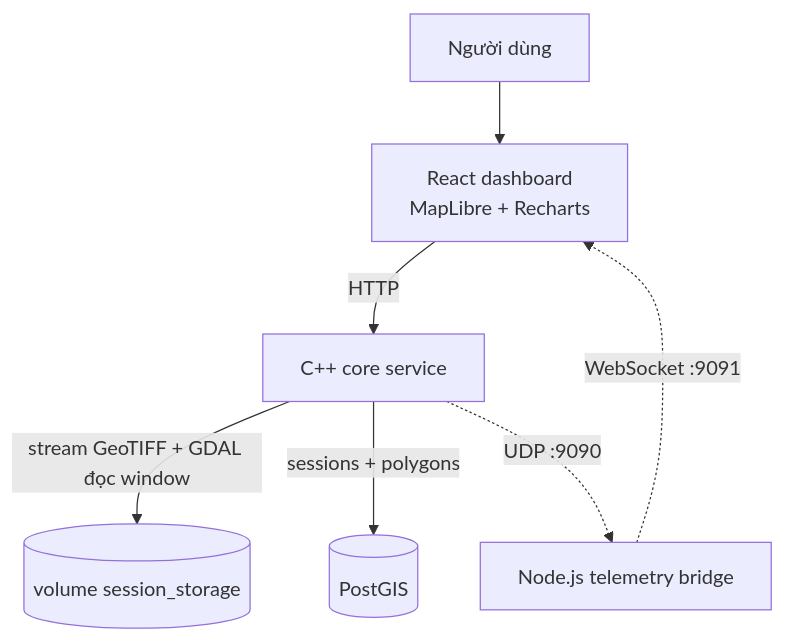
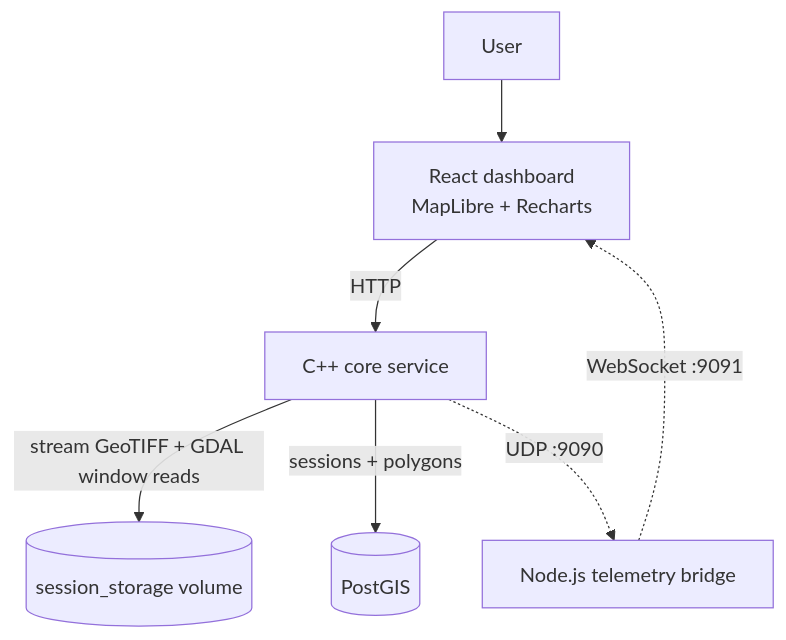
The first of 5 diagrams in docs/ARCHITECTURE.md (Dinhthuy2k5/remote-sensing-pipeline), drawn with Mermaid before and after one commit. The commit also changed other lines of this file and 4 other files, not shown here.

Commit message:
docs: localize documentation and keep diagrams precise

````diff
--- a/docs/ARCHITECTURE.md
+++ b/docs/ARCHITECTURE.md
@@ -24,16 +24,16 @@
 ```mermaid
 flowchart TB
-    User["Người dùng"]
+    User["User"]
     UI["React dashboard<br/>MapLibre + Recharts"]
     Core["C++ core service"]
     DB[("PostGIS")]
-    Files[("volume session_storage")]
+    Files[("session_storage volume")]
     Bridge["Node.js telemetry bridge"]
 
     User --> UI
     UI -->|"HTTP"| Core
-    Core -->|"stream GeoTIFF + GDAL đọc window"| Files
+    Core -->|"stream GeoTIFF + GDAL window reads"| Files
     Core -->|"sessions + polygons"| DB
     Core -. "UDP :9090" .-> Bridge
     Bridge -. "WebSocket :9091" .-> UI
 ```
````
